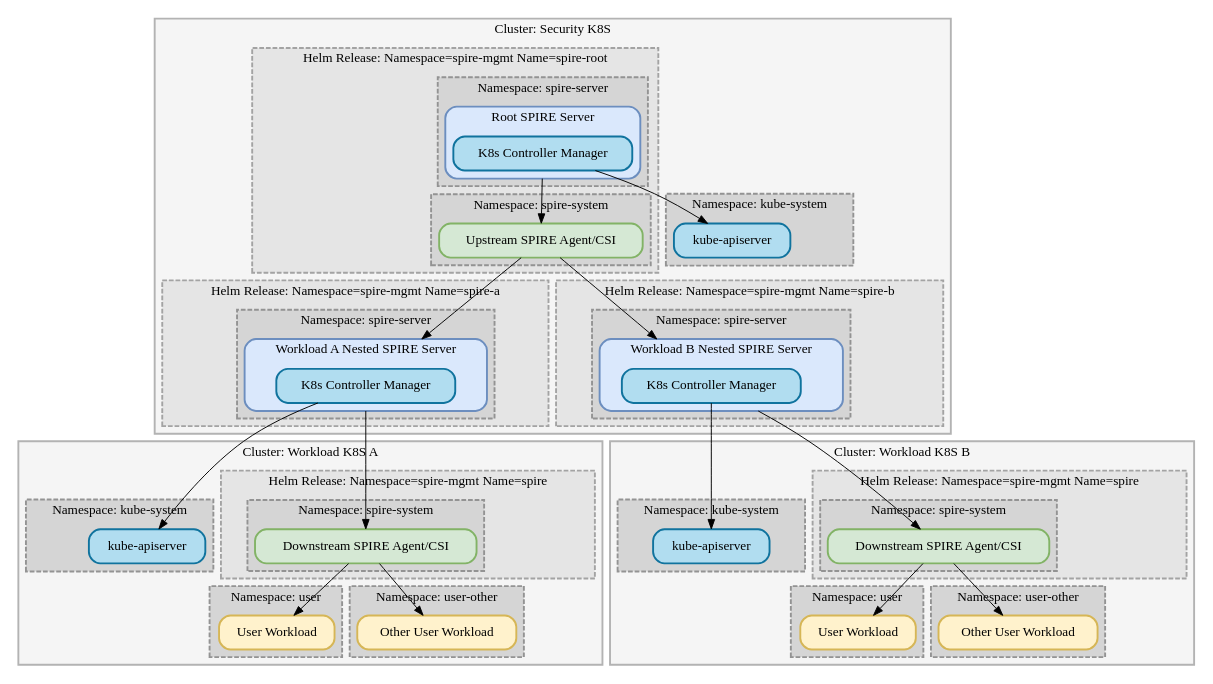
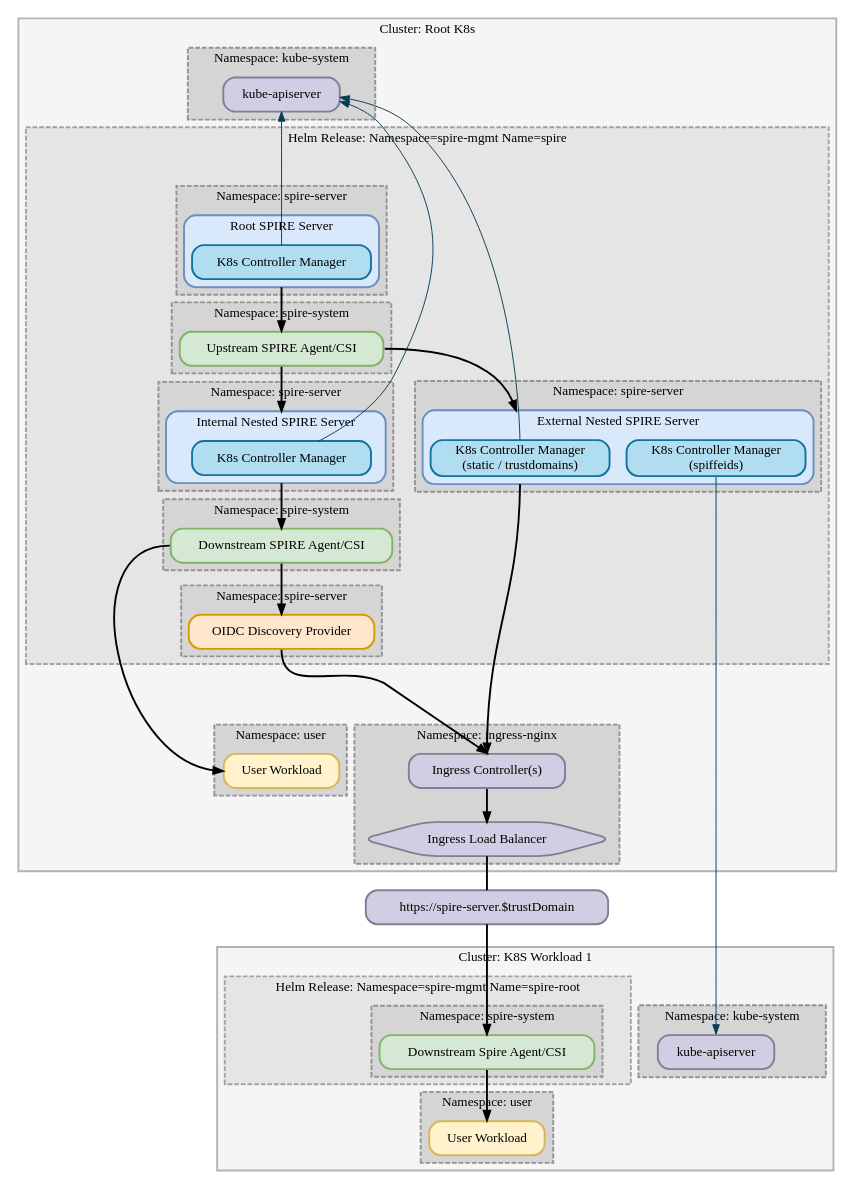
One commit to spiffe/spiffe.io changed the diagram in static/img/spire-helm-charts-hardened/securitycluster.dot. Above: the diagram before and after it, drawn with Graphviz. The commit also changed 1 other file, not shown here.

Commit message:
Update security cluster diagram

```diff
--- a/static/img/spire-helm-charts-hardened/securitycluster.dot
+++ b/static/img/spire-helm-charts-hardened/securitycluster.dot
@@ -1,172 +1,179 @@
 digraph G {
   compound=true;
-  subgraph cluster_security_k8s {
-    label="Cluster: Security K8S";
+  //splines = ortho;
+  //concentrate=true;
+  subgraph cluster_k8s {
+    label="Cluster: Root K8s";
     style="filled,solid,bold";
     color="#b3b3b3";
     fillcolor="#f5f5f5";
-    subgraph cluster_root_release {
-      label="Helm Release: Namespace=spire-mgmt Name=spire-root";
-      style="filled,dashed,bold";
-      color="#a3a3a3";
-      fillcolor="#e5e5e5";
-      subgraph cluster_ns_root_server {
-        style="filled,dashed,bold";
-        color="#939393";
-        fillcolor="#d5d5d5";
-        label="Namespace: spire-server"
-        subgraph cluster_ns_root_server_obj {
-          style="filled,rounded,bold";
-          color="#6c8ebf";
-          fillcolor="#dae8fc";
-          label="Root SPIRE Server"
-          spireRoot [label="K8s Controller Manager",shape="record",style="rounded,solid,filled,bold",color="#10739e",fillcolor="#b1ddf0"];
-        }
-      }
-      subgraph cluster_ns_1_system {
-        style="filled,dashed,bold";
-        color="#939393";
-        fillcolor="#d5d5d5";
-        label="Namespace: spire-system"
-        spireUpstreamAgent1 [label="Upstream SPIRE Agent/CSI",shape="box",style="rounded,solid,filled,bold",color="#82b366",fillcolor="#d5e8d4"];
-      }
-    }
     subgraph cluster_ns_root_kube_system {
       style="filled,dashed,bold";
       color="#939393";
       fillcolor="#d5d5d5";
       label="Namespace: kube-system"
-      kubeApiServerRoot [label="kube-apiserver",shape="record",style="rounded,solid,filled,bold",color="#10739e",fillcolor="#b1ddf0"];
+      kubeApiServerRoot [label="kube-apiserver",shape="record",style="rounded,solid,filled,bold",color="#847d96",fillcolor="#d0cee2"];
     }
-    subgraph cluster_nested1_release {
-      label="Helm Release: Namespace=spire-mgmt Name=spire-a"
+    subgraph cluster_main_release {
+      label="Helm Release: Namespace=spire-mgmt Name=spire"
       style="filled,dashed,bold";
       color="#a3a3a3";
       fillcolor="#e5e5e5";
-      subgraph cluster_ns_nested_server {
+      subgraph cluster_g1 {
+        style="invis";
+        subgraph cluster_ns_root_server {
+          style="filled,dashed,bold";
+          color="#939393";
+          fillcolor="#d5d5d5";
+          label="Namespace: spire-server"
+          subgraph cluster_ns_root_server_obj {
+            style="filled,rounded,bold";
+            color="#6c8ebf";
+            fillcolor="#dae8fc";
+            label="Root SPIRE Server"
+            spireRoot [label="K8s Controller Manager",shape="record",style="rounded,solid,filled,bold",color="#10739e",fillcolor="#b1ddf0"];
+          }
+        }
+        subgraph cluster_ns_root1_system {
+          style="filled,dashed,bold";
+          color="#939393";
+          fillcolor="#d5d5d5";
+          label="Namespace: spire-system"
+          spireRootUpstreamAgent1 [label="Upstream SPIRE Agent/CSI",shape="box",style="rounded,solid,filled,bold",color="#82b366",fillcolor="#d5e8d4"];
+        }
+        subgraph cluster_ns_nested1iserver {
+          style="filled,dashed,bold";
+          color="#939393";
+          fillcolor="#d5d5d5";
+          label="Namespace: spire-server";
+          subgraph cluster_ns_internal_server_obj {
+            style="filled,rounded,bold";
+            color="#6c8ebf";
+            fillcolor="#dae8fc";
+            label="Internal Nested SPIRE Server"
+            spireServerNestedi [label="K8s Controller Manager",shape="record",style="rounded,solid,filled,bold",color="#10739e",fillcolor="#b1ddf0"];
+          }
+        }
+        subgraph cluster_ns_nestedi_system {
+          style="filled,dashed,bold";
+          color="#939393";
+          fillcolor="#d5d5d5";
+          label="Namespace: spire-system";
+          spireDownstreamAgenti [label="Downstream SPIRE Agent/CSI",shape="box",style="rounded,solid,filled,bold",color="#82b366",fillcolor="#d5e8d4"];
+        }
+      }
+      subgraph cluster_ns_nestedi_system2 {
         style="filled,dashed,bold";
         color="#939393";
         fillcolor="#d5d5d5";
         label="Namespace: spire-server";
-        subgraph cluster_ns_nested_server_obj {
-          style="filled,rounded,bold";
-          color="#6c8ebf";
-          fillcolor="#dae8fc";
-          label="Workload A Nested SPIRE Server"
-          spireServerNested1 [label="K8s Controller Manager",shape="record",style="rounded,solid,filled,bold",color="#10739e",fillcolor="#b1ddf0"];
-        }
+        oidc [label="OIDC Discovery Provider",shape="box",style="rounded,solid,filled,bold",color="#d79b00",fillcolor="#ffe6cc"];
       }
-    }
-    subgraph cluster_nested2_release {
-      label="Helm Release: Namespace=spire-mgmt Name=spire-b"
-      style="filled,dashed,bold";
-      color="#a3a3a3";
-      fillcolor="#e5e5e5";
-      subgraph cluster_ns_nested2_server {
+      subgraph cluster_ns_nestede_system3 {
         style="filled,dashed,bold";
         color="#939393";
         fillcolor="#d5d5d5";
         label="Namespace: spire-server";
-        subgraph cluster_ns_nested_server2_obj {
+        subgraph cluster_ns_external_server_obj {
           style="filled,rounded,bold";
           color="#6c8ebf";
           fillcolor="#dae8fc";
-          label="Workload B Nested SPIRE Server"
-          spireServerNested2 [label="K8s Controller Manager",shape="record",style="rounded,solid,filled,bold",color="#10739e",fillcolor="#b1ddf0"];
+          label="External Nested SPIRE Server"
+          spireServerNestedExternal1 [label="K8s Controller Manager\n(spiffeids)",shape="record",style="rounded,solid,filled,bold",color="#10739e",fillcolor="#b1ddf0"];
+          spireServerNestedExternal [label="K8s Controller Manager\n(static / trustdomains)",shape="record",style="rounded,solid,filled,bold",color="#10739e",fillcolor="#b1ddf0"];
+        }
+      }
+    }
+    subgraph cluster_ns_nestede_kube_system {
+      style="filled,dashed,bold";
+      color="#939393";
+      fillcolor="#d5d5d5";
+      label="Namespace: ingress-nginx";
+      ic [label="Ingress Controller(s)",shape="box",style="rounded,solid,filled,bold",color="#847d96",fillcolor="#d0cee2"];
+      ie [label="Ingress Load Balancer",shape="hexagon",style="rounded,solid,filled,bold",color="#847d96",fillcolor="#d0cee2"];
+    }
+    subgraph cluster_ns_nestede_system {
+      style="filled,dashed,bold";
+      color="#939393";
+      fillcolor="#d5d5d5";
+      label="Namespace: user";
+      userWorkloadi1 [label="User Workload",shape="box",style="rounded,solid,filled,bold",color="#d6b656",fillcolor="#fff2cc"];
+    }
+    p3 [style=invis];
+  }
+  subgraph cluster_all_nested_together {
+    style="invis";
+    subgraph cluster_nestedtogether {
+      style="invis";
+      subgraph cluster_nested1 {
+        label="Cluster: K8S Workload 1";
+        style="filled,solid,bold";
+        color="#b3b3b3";
+        fillcolor="#f5f5f5";
+        subgraph cluster_nested1_release {
+          label="Helm Release: Namespace=spire-mgmt Name=spire-root"
+          style="filled,dashed,bold";
+          color="#a3a3a3";
+          fillcolor="#e5e5e5";
+          subgraph cluster_nested1_ns3 {
+            style="filled,dashed,bold";
+            color="#939393";
+            fillcolor="#d5d5d5";
+            label="Namespace: spire-system"
+            spireDownstreamAgent1 [label="Downstream Spire Agent/CSI",shape="box",style="rounded,solid,filled,bold",color="#82b366",fillcolor="#d5e8d4"];
+          }
+          }
+        subgraph cluster_nested1_user {
+          style="filled,dashed,bold";
+          color="#939393";
+          fillcolor="#d5d5d5";
+          label="Namespace: user"
+          userWorkload1 [label="User Workload",shape="box",style="rounded,solid,filled,bold",color="#d6b656",fillcolor="#fff2cc"];
+        }
+        subgraph cluster_ns_nested1_kube_system {
+          style="filled,dashed,bold";
+          color="#939393";
+          fillcolor="#d5d5d5";
+          label="Namespace: kube-system"
+          kubeApiServerNested1 [label="kube-apiserver",shape="record",style="rounded,solid,filled,bold",color="#847d96",fillcolor="#d0cee2"];
         }
       }
     }
   }
-  subgraph cluster_workload_a_k8s {
-    label="Cluster: Workload K8S A";
-    style="filled,solid,bold";
-    color="#b3b3b3";
-    fillcolor="#f5f5f5";
-    subgraph cluster_workload_release {
-      label="Helm Release: Namespace=spire-mgmt Name=spire"
-      style="filled,dashed,bold";
-      color="#a3a3a3";
-      fillcolor="#e5e5e5";
-      subgraph cluster_ns_nested_system {
-        style="filled,dashed,bold";
-        color="#939393";
-        fillcolor="#d5d5d5";
-        label="Namespace: spire-system";
-        spireDownstreamAgent1 [label="Downstream SPIRE Agent/CSI",shape="box",style="rounded,solid,filled,bold",color="#82b366",fillcolor="#d5e8d4"];
-      }
-    }
-    subgraph cluster_ns_nested5_system {
-      style="filled,dashed,bold";
-      color="#939393";
-      fillcolor="#d5d5d5";
-      label="Namespace: user";
-      userWorkload1 [label="User Workload",shape="box",style="rounded,solid,filled,bold",color="#d6b656",fillcolor="#fff2cc"];
-    }
-    subgraph cluster_ns_nested2_system {
-      style="filled,dashed,bold";
-      color="#939393";
-      fillcolor="#d5d5d5";
-      label="Namespace: user-other";
-      userWorkload2 [label="Other User Workload",shape="box",style="rounded,solid,filled,bold",color="#d6b656",fillcolor="#fff2cc"];
-    }
-    subgraph cluster_ns_nested1_kube_system {
-      style="filled,dashed,bold";
-      color="#939393";
-      fillcolor="#d5d5d5";
-      label="Namespace: kube-system"
-      kubeApiServerNested1 [label="kube-apiserver",shape="record",style="rounded,solid,filled,bold",color="#10739e",fillcolor="#b1ddf0"];
-    }
-  }
-  subgraph cluster_workload_b_k8s {
-    label="Cluster: Workload K8S B";
-    style="filled,solid,bold";
-    color="#b3b3b3";
-    fillcolor="#f5f5f5";
-    subgraph cluster_workload_b_release {
-      label="Helm Release: Namespace=spire-mgmt Name=spire"
-      style="filled,dashed,bold";
-      color="#a3a3a3";
-      fillcolor="#e5e5e5";
-      subgraph cluster_ns_nested_b_system {
-        style="filled,dashed,bold";
-        color="#939393";
-        fillcolor="#d5d5d5";
-        label="Namespace: spire-system";
-        spireDownstreamAgent2 [label="Downstream SPIRE Agent/CSI",shape="box",style="rounded,solid,filled,bold",color="#82b366",fillcolor="#d5e8d4"];
-      }
-    }
-    subgraph cluster_ns_nested3_system {
-      style="filled,dashed,bold";
-      color="#939393";
-      fillcolor="#d5d5d5";
-      label="Namespace: user";
-      userWorkload3 [label="User Workload",shape="box",style="rounded,solid,filled,bold",color="#d6b656",fillcolor="#fff2cc"];
-    }
-    subgraph cluster_ns_nested4_system {
-      style="filled,dashed,bold";
-      color="#939393";
-      fillcolor="#d5d5d5";
-      label="Namespace: user-other";
-      userWorkload4 [label="Other User Workload",shape="box",style="rounded,solid,filled,bold",color="#d6b656",fillcolor="#fff2cc"];
-    }
-    subgraph cluster_ns_nested2_kube_system {
-      style="filled,dashed,bold";
-      color="#939393";
-      fillcolor="#d5d5d5";
-      label="Namespace: kube-system"
-      kubeApiServerNested2 [label="kube-apiserver",shape="record",style="rounded,solid,filled,bold",color="#10739e",fillcolor="#b1ddf0"];
-    }
-  }
-  spireRoot -> kubeApiServerRoot;
-  spireServerNested1 -> kubeApiServerNested1;
-  spireServerNested2 -> kubeApiServerNested2;
-  spireRoot -> spireUpstreamAgent1 [ltail=cluster_ns_root_server_obj];
-  spireUpstreamAgent1 -> spireServerNested1 [lhead=cluster_ns_nested_server_obj];
-  spireServerNested1 -> spireDownstreamAgent1 [ltail=cluster_ns_nested_server_obj];
-  spireDownstreamAgent1 -> userWorkload1;
-  spireDownstreamAgent1 -> userWorkload2;
-  spireUpstreamAgent1 -> spireServerNested2 [lhead=cluster_ns_nested_server2_obj];
-  spireServerNested2 -> spireDownstreamAgent2 [ltail=cluster_ns_nested_server2_obj];
-  spireDownstreamAgent2 -> userWorkload3;
-  spireDownstreamAgent2 -> userWorkload4;
+  it [label="https://spire-server.$trustDomain",shape="box",style="rounded,solid,filled,bold",color="#847d96",fillcolor="#d0cee2"]// shape=point,weidth=0];
+
+  spireServerNestedExternal1:s -> kubeApiServerNested1:n [color="#093d54"];
+
+  oidc -> p3 [weight=20,style=invis];
+  p3 -> ic [style=invis];
+  p3 -> userWorkloadi1 [weight=20,style=invis];
+
+  oidc:s -> ic:n [style=bold];
+
+  //root
+  kubeApiServerRoot -> spireRoot [dir=back,color="#093d54"];
+  kubeApiServerRoot -> spireServerNestedi [dir=back,constraint=false,color="#093d54"];
+  kubeApiServerRoot -> spireServerNestedExternal [dir=back,constraint=false,color="#093d54"];
+  spireRoot:s -> spireRootUpstreamAgent1:n [ltail=cluster_ns_root_server_obj,weight=20,style=bold];
+
+  //internal
+  spireRootUpstreamAgent1:s -> spireServerNestedi:n [lhead=cluster_ns_internal_server_obj,weight=20,style=bold];
+  spireServerNestedi -> spireDownstreamAgenti [ltail=cluster_ns_internal_server_obj,weight=20,style=bold];
+  spireDownstreamAgenti:s -> oidc:n [weight=20,style=bold];
+  spireDownstreamAgenti:w -> userWorkloadi1:w [style=bold];
+
+  //formatting
+  oidc -> ic [style=invis];
+  oidc -> userWorkloadi1 [style=invis];
+
+  //external
+  spireRootUpstreamAgent1:e -> spireServerNestedExternal:n [lhead=cluster_ns_external_server_obj,style=bold];
+  spireServerNestedExternal:s -> ic:n [ltail=cluster_ns_external_server_obj,constraint=false,style=bold];
+
+  ic:s -> ie [weight=20,style=bold];
+  ie -> it:n [weight=20,dir=none,style=bold];
+
+  //k8s workload 1
+  it:s -> spireDownstreamAgent1:n [style=bold];
+  spireDownstreamAgent1:s -> userWorkload1:n [style=bold];
 }
```
